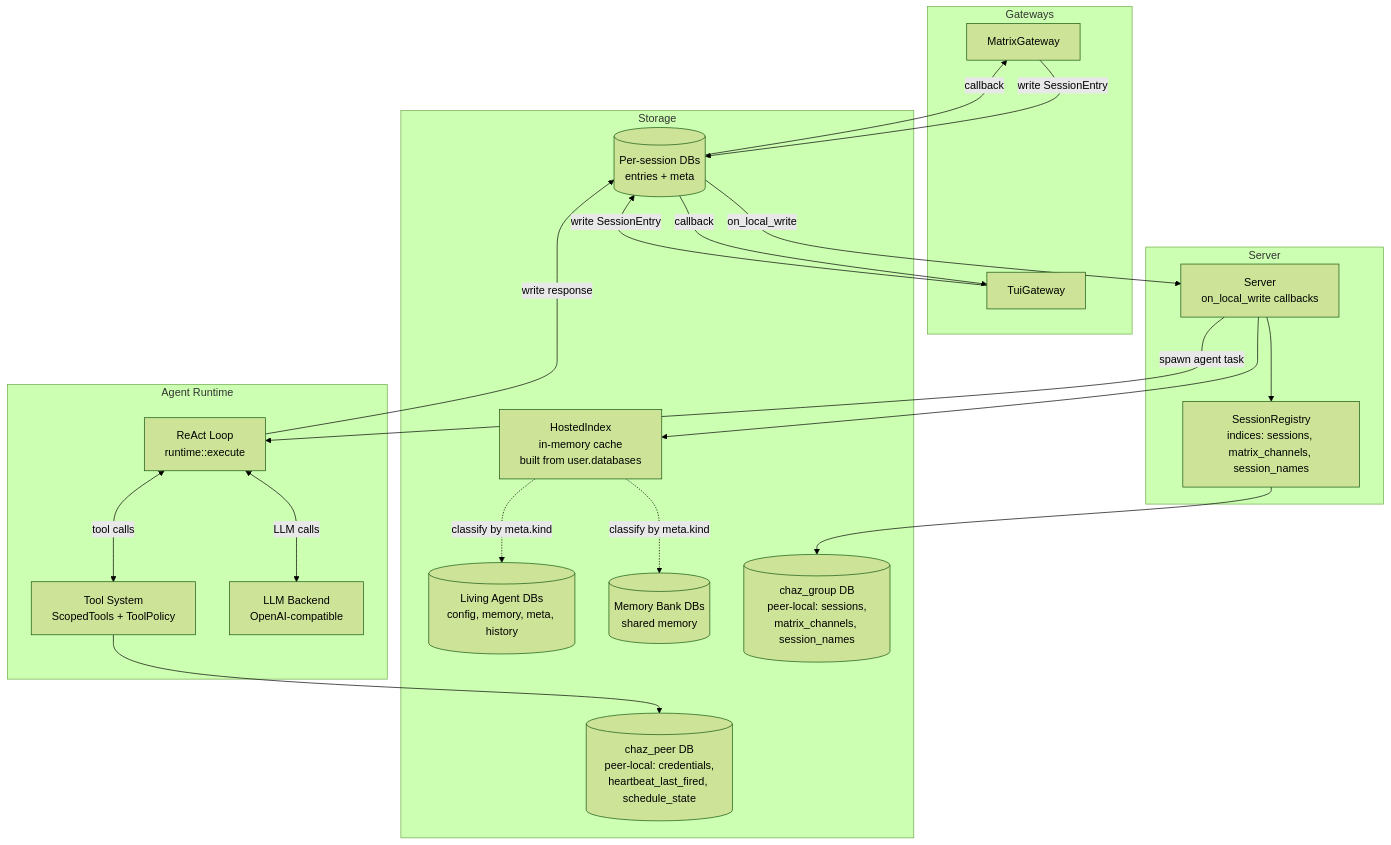
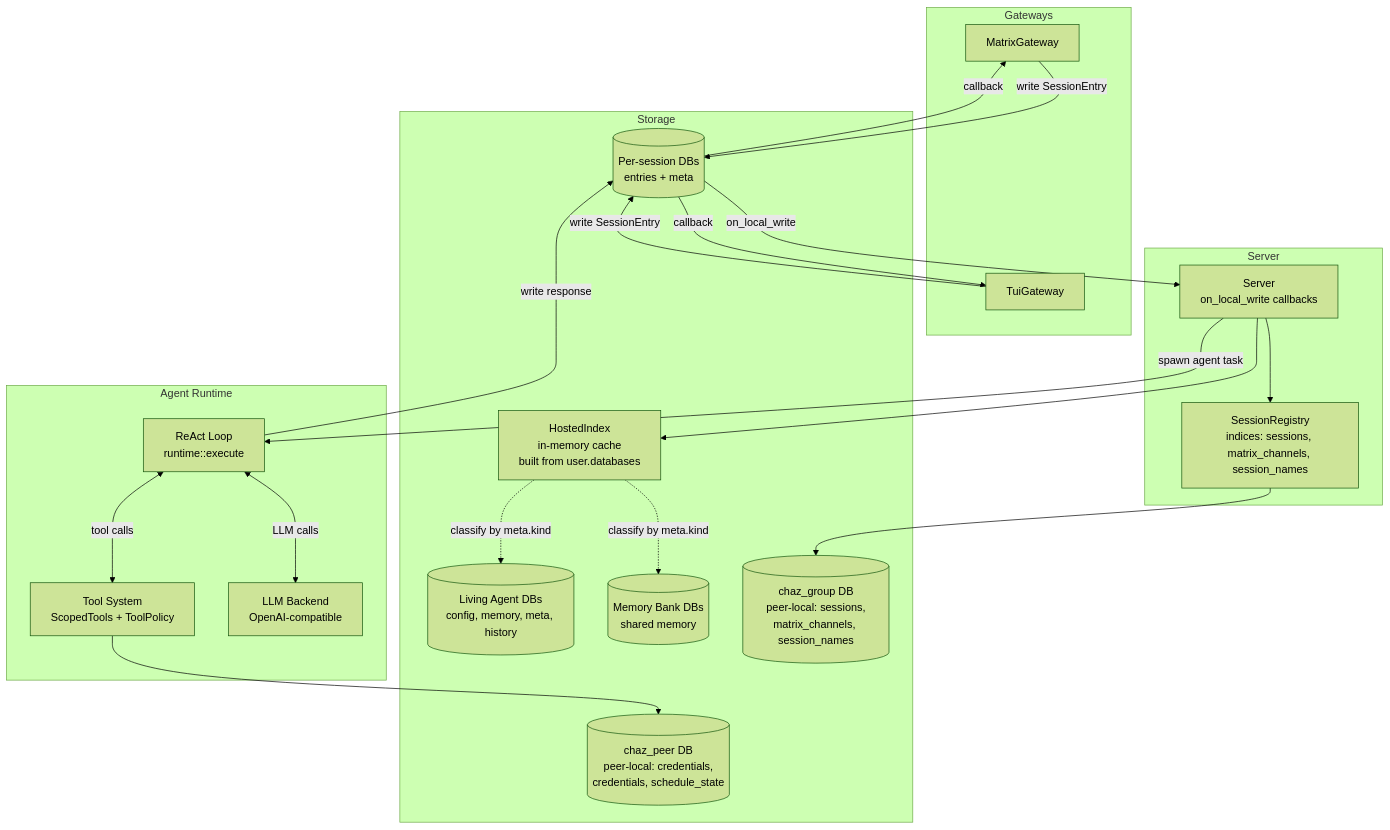
Before and after one commit to arcuru/chaz: the diagram in docs/src/architecture/overview.md, drawn with Mermaid (forest theme). The commit also changed other lines of this file and 10 other files, not shown here.

````diff
--- a/docs/src/architecture/overview.md
+++ b/docs/src/architecture/overview.md
@@ -7,43 +7,43 @@
 ```mermaid
 graph TD
     subgraph Gateways
         MG[MatrixGateway]
         TG[TuiGateway]
     end
 
     subgraph Server
         SV[Server<br/>on_local_write callbacks]
         SR[SessionRegistry<br/>indices: sessions, matrix_channels, session_names]
     end
 
     subgraph "Agent Runtime"
         RT[ReAct Loop<br/>runtime::execute]
         TS[Tool System<br/>ScopedTools + ToolPolicy]
         LLM[LLM Backend<br/>OpenAI-compatible]
     end
 
     subgraph Storage
         EI[(Per-session DBs<br/>entries + meta)]
         LA[(Living Agent DBs<br/>config, memory, meta, history)]
         MB[(Memory Bank DBs<br/>shared memory)]
         CG[(chaz_group DB<br/>peer-local: sessions,<br/>matrix_channels, session_names)]
-        CP[(chaz_peer DB<br/>peer-local: credentials,<br/>heartbeat_last_fired, schedule_state)]
+        CP[(chaz_peer DB<br/>peer-local: credentials,<br/>credentials, schedule_state)]
         HI[HostedIndex<br/>in-memory cache<br/>built from user.databases]
     end
 
     MG -->|write SessionEntry| EI
     TG -->|write SessionEntry| EI
     EI -->|on_local_write| SV
     SV -->|spawn agent task| RT
     RT <-->|tool calls| TS
     RT <-->|LLM calls| LLM
     RT -->|write response| EI
     EI -->|callback| MG
     EI -->|callback| TG
     SV --> SR
     SR --> CG
     TS --> CP
     SV --> HI
     HI -.->|classify by meta.kind| LA
     HI -.->|classify by meta.kind| MB
 ```
````
